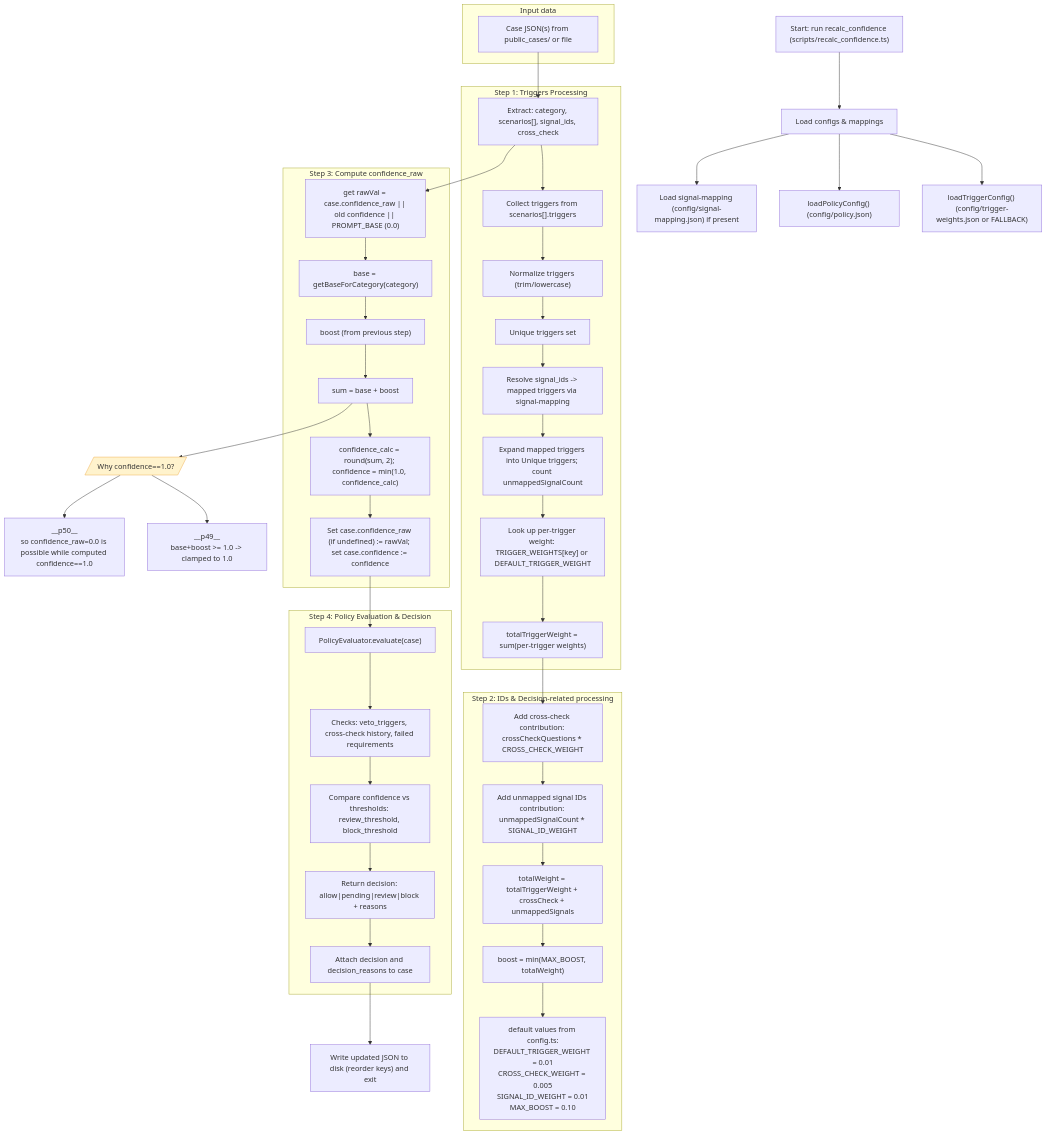
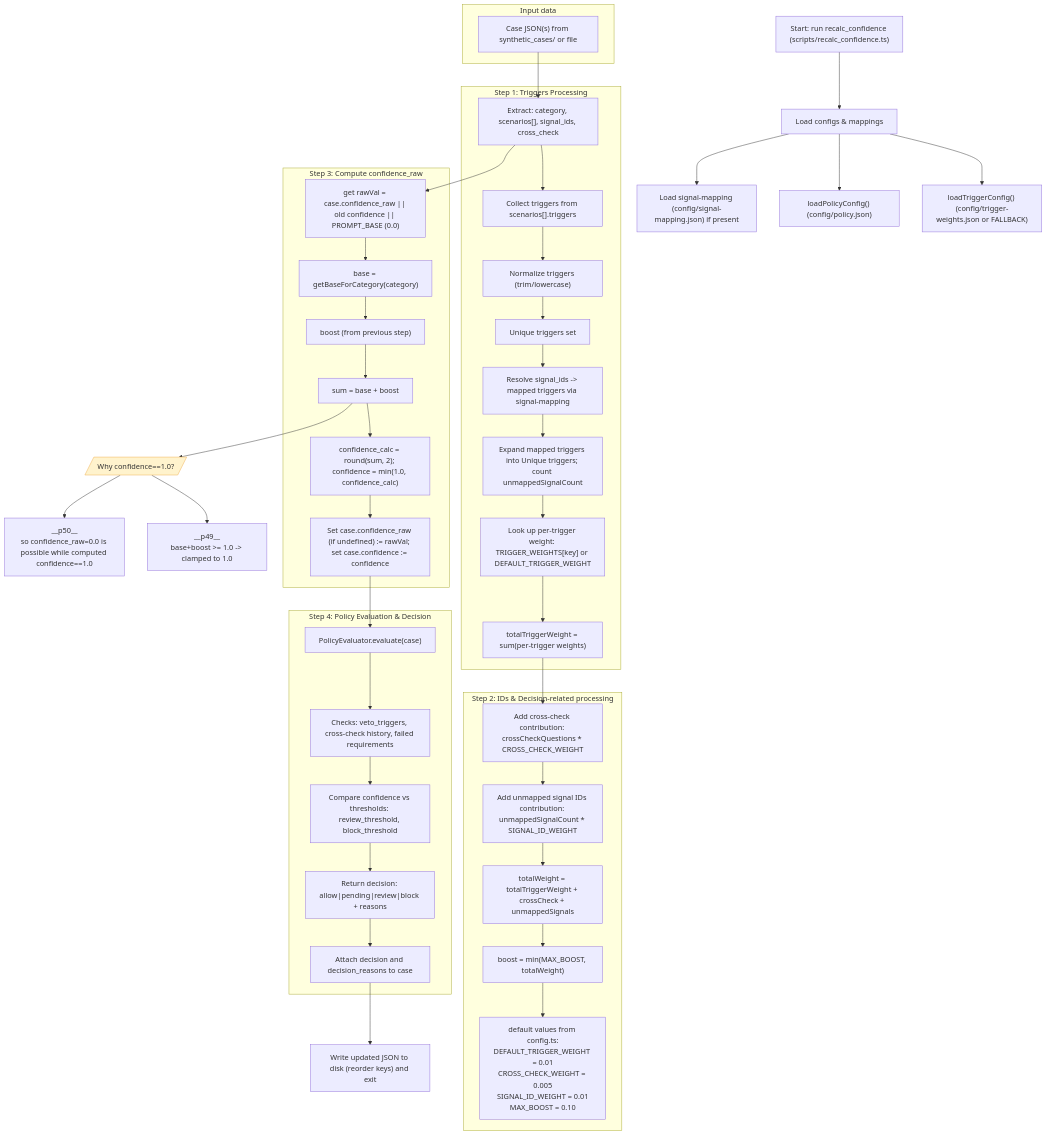
One commit to kate8382/AURA changed the diagram in docs/diagrams/aura-pipeline-v1.mmd. Above: the diagram before and after it, drawn with Mermaid. The commit also changed 43 other files, not shown here.

First line of the commit message:
refactor(dataset): rename public_cases directory to synthetic_cases (#106)

```diff
--- a/docs/diagrams/aura-pipeline-v1.mmd
+++ b/docs/diagrams/aura-pipeline-v1.mmd
@@ -1,65 +1,65 @@
 flowchart TD
   %% Input / startup
   A["Start: run recalc_confidence (scripts/recalc_confidence.ts)"] --> B[Load configs & mappings]
   B --> B1["loadTriggerConfig() (config/trigger-weights.json or FALLBACK)"]
   B --> B2["loadPolicyConfig() (config/policy.json)"]
   B --> B3["Load signal-mapping (config/signal-mapping.json) if present"]
 
   subgraph INPUT[Input data]
-    C["Case JSON(s) from public_cases/ or file"]
+    C["Case JSON(s) from synthetic_cases/ or file"]
   end
 
   C --> D["Extract: category, scenarios[], signal_ids, cross_check"]
 
   subgraph TRIGGERS[Step 1: Triggers Processing]
     D --> T1["Collect triggers from scenarios[].triggers"]
     T1 --> T2["Normalize triggers (trim/lowercase)"]
     T2 --> T3[Unique triggers set]
     T3 --> T4[Resolve signal_ids -> mapped triggers via signal-mapping]
     T4 --> T5[Expand mapped triggers into Unique triggers; count unmappedSignalCount]
     T5 --> T6["Look up per-trigger weight: TRIGGER_WEIGHTS[key] or DEFAULT_TRIGGER_WEIGHT"]
     T6 --> TW["totalTriggerWeight = sum(per-trigger weights)"]
   end
 
   subgraph IDS_DECISION[Step 2: IDs & Decision-related processing]
     TW --> I1[Add cross-check contribution: crossCheckQuestions * CROSS_CHECK_WEIGHT]
     I1 --> I2[Add unmapped signal IDs contribution: unmappedSignalCount * SIGNAL_ID_WEIGHT]
     I2 --> TOTAL[totalWeight = totalTriggerWeight + crossCheck + unmappedSignals]
     TOTAL --> MAX["boost = min(MAX_BOOST, totalWeight)"]
     MAX --> NOTE["default values from config.ts:<br/>DEFAULT_TRIGGER_WEIGHT = 0.01<br/>CROSS_CHECK_WEIGHT = 0.005<br/>SIGNAL_ID_WEIGHT = 0.01<br/>MAX_BOOST = 0.10"]
   end
 
   subgraph RAW_CONF[Step 3: Compute confidence_raw]
     D --> RAW_BASE["get rawVal = case.confidence_raw || old confidence || PROMPT_BASE (0.0)"]
     RAW_BASE --> BASE_CAT["base = getBaseForCategory(category)"]
     BASE_CAT --> BOOST_SUM["boost (from previous step)"]
     BOOST_SUM --> SUM_VAL[sum = base + boost]
     SUM_VAL --> CLAMP["confidence_calc = round(sum, 2); confidence = min(1.0, confidence_calc)"]
     CLAMP --> OUT_CONF["Set case.confidence_raw (if undefined) := rawVal; set case.confidence := confidence"]
   end
 
   subgraph POLICY[Step 4: Policy Evaluation & Decision]
     OUT_CONF --> P1["PolicyEvaluator.evaluate(case)"]
     P1 --> P2[Checks: veto_triggers, cross-check history, failed requirements]
     P2 --> P3[Compare confidence vs thresholds: review_threshold, block_threshold]
     P3 --> P4["Return decision: allow|pending|review|block + reasons"]
     P4 --> FINAL[Attach decision and decision_reasons to case]
   end
 
   FINAL --> SAVE["Write updated JSON to disk (reorder keys) and exit"]
 
   %% Annotations: why confidence can hit 1.0
   classDef warn fill:#fff3cd,stroke:#ffeeba;
   WNOTE[/Why confidence==1.0?/]:::warn
   SUM_VAL --> WNOTE
   WNOTE --> W1["__p49__<br/>base+boost >= 1.0 -> clamped to 1.0"]
   WNOTE --> W2["__p50__<br/>so confidence_raw=0.0 is possible while computed confidence==1.0"]
 
   %% Expose formulas inline for clarity
   click BASE_CAT " " "Base per category: see RecalcConfidence.getBaseForCategory()"
   click MAX " " "Boost = min(MAX_BOOST, totalWeight)"
   click CLAMP " " "confidence = min(1.0, round((base+boost),2))"
 
   style WNOTE fill:#fff3cd,stroke:#f0ad4e
 
   %% End
```
